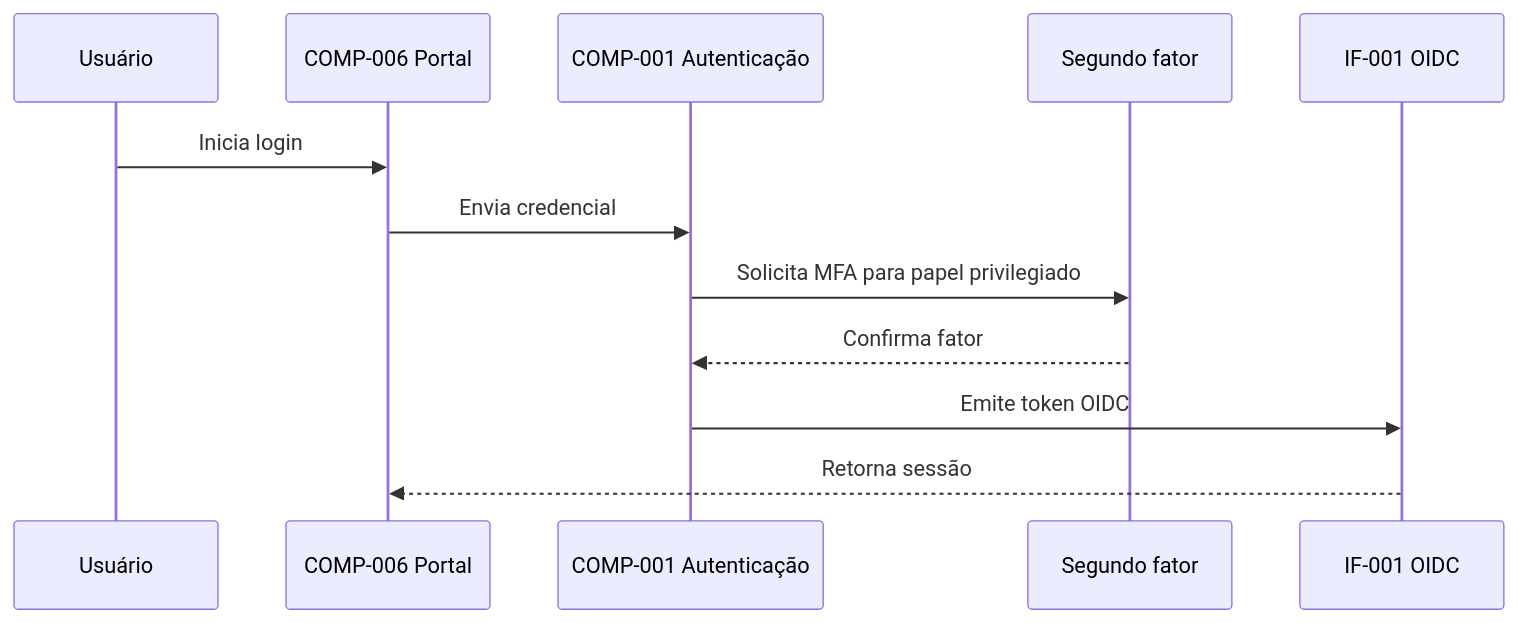
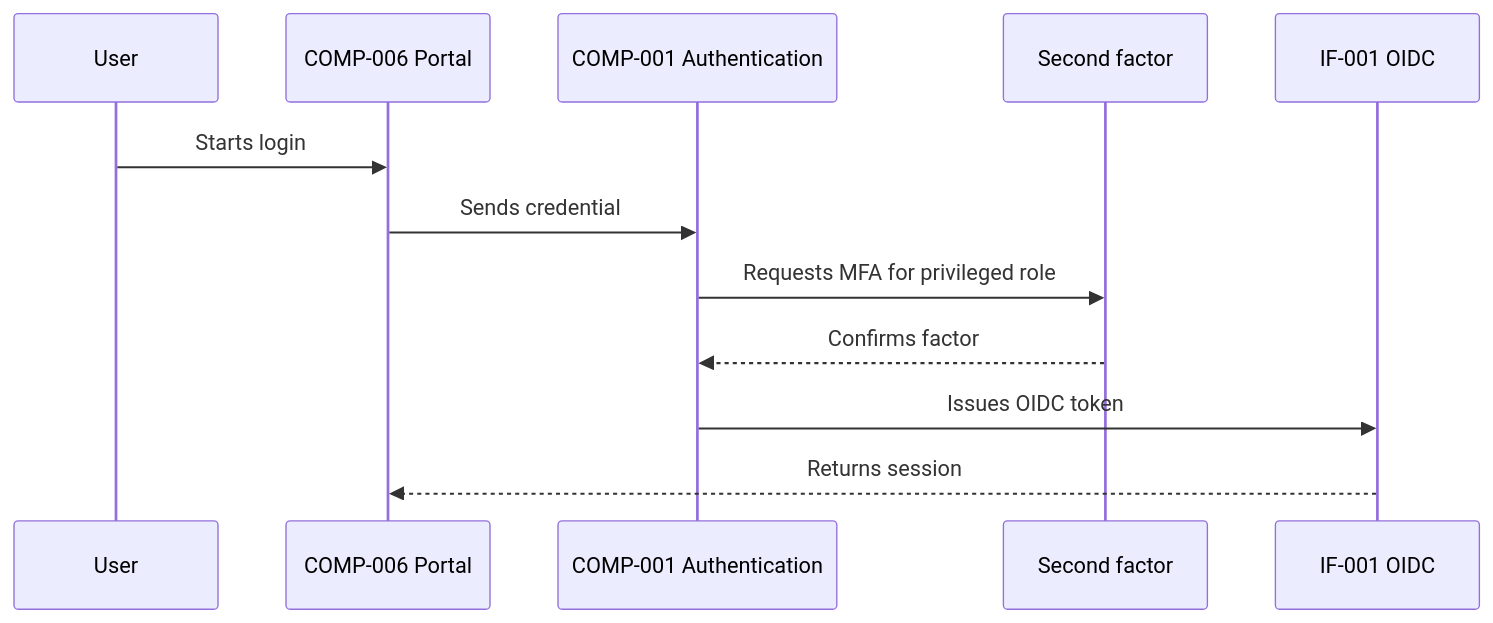
Before and after one commit to lsbjordao/quarto-needs: the third of 3 diagrams in examples/book/diagrams.qmd, drawn with Mermaid. The commit also changed other lines of this file and 9 other files, not shown here.

Commit message:
docs: translate Aegis views and diagrams

````diff
--- a/examples/book/diagrams.qmd
+++ b/examples/book/diagrams.qmd
@@ -33,14 +33,14 @@
 ```{mermaid}
 sequenceDiagram
-  participant U as Usuário
+  participant U as User
   participant P as COMP-006 Portal
-  participant A as COMP-001 Autenticação
-  participant M as Segundo fator
+  participant A as COMP-001 Authentication
+  participant M as Second factor
   participant V as IF-001 OIDC
-  U->>P: Inicia login
-  P->>A: Envia credencial
-  A->>M: Solicita MFA para papel privilegiado
-  M-->>A: Confirma fator
-  A->>V: Emite token OIDC
-  V-->>P: Retorna sessão
+  U->>P: Starts login
+  P->>A: Sends credential
+  A->>M: Requests MFA for privileged role
+  M-->>A: Confirms factor
+  A->>V: Issues OIDC token
+  V-->>P: Returns session
 ```
````
